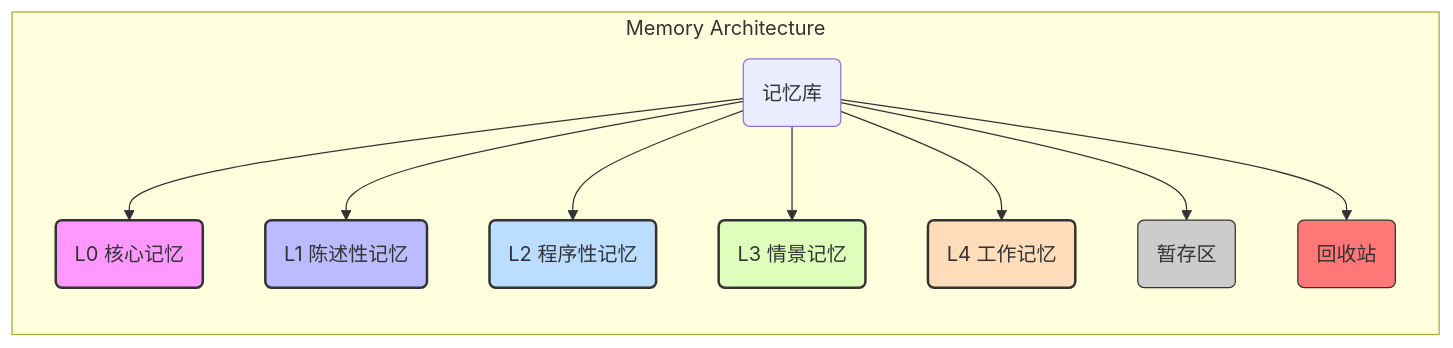
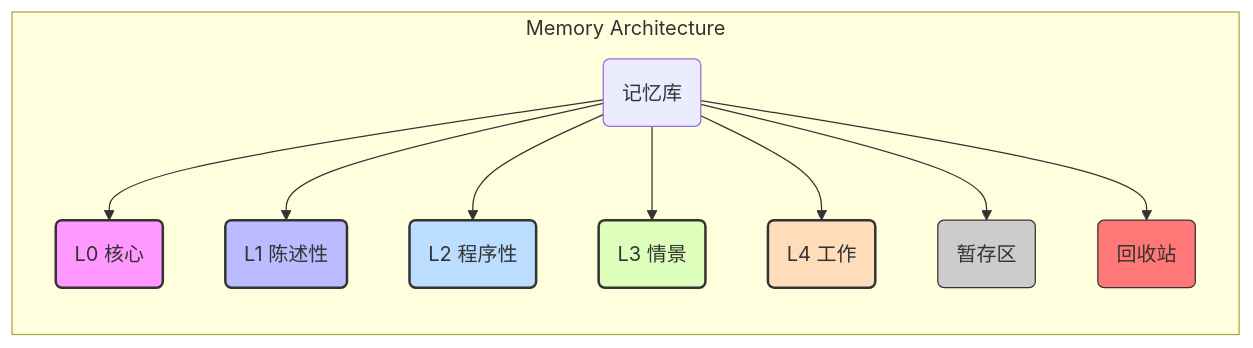
One commit to lazygophers/roo changed the diagram in roo/rules/memory.md. Above: the diagram before and after it, drawn with Mermaid. The commit also changed other lines of this file and 6 other files, not shown here.

````diff
--- a/roo/rules/memory.md
+++ b/roo/rules/memory.md
@@ -36,21 +23,21 @@
 ```mermaid
 graph TD
     subgraph Memory Architecture
         direction TB
-        A(记忆库) --> L0(L0 核心记忆);
-        A --> L1(L1 陈述性记忆);
-        A --> L2(L2 程序性记忆);
-        A --> L3(L3 情景记忆);
-        A --> L4(L4 工作记忆);
+        A(记忆库) --> L0(L0 核心);
+        A --> L1(L1 陈述性);
+        A --> L2(L2 程序性);
+        A --> L3(L3 情景);
+        A --> L4(L4 工作);
         A --> S(暂存区);
         A --> T(回收站);
     end
 
     style L0 fill:#f9f,stroke:#333,stroke-width:2px;
     style L1 fill:#bbf,stroke:#333,stroke-width:2px;
     style L2 fill:#bdf,stroke:#333,stroke-width:2px;
     style L3 fill:#dfb,stroke:#333,stroke-width:2px;
     style L4 fill:#fdb,stroke:#333,stroke-width:2px;
     style S fill:#ccc,stroke:#333,stroke-width:1px;
     style T fill:#f77,stroke:#333,stroke-width:1px;
 ```
````
